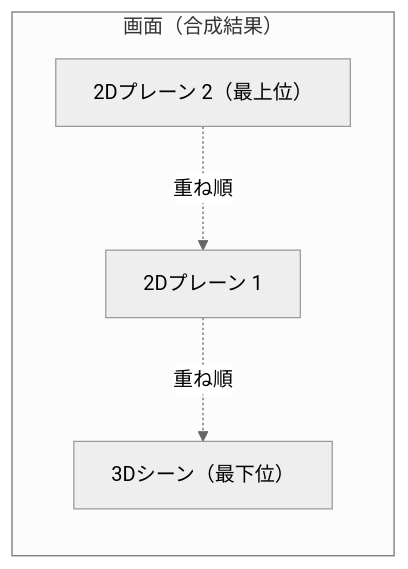
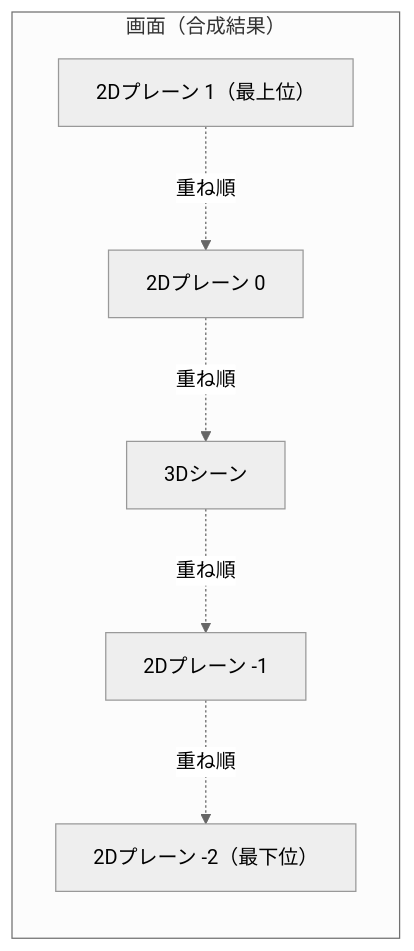
One commit to digitarhythm/arcadeer changed diagram 15 of 38 in docs/specification.md. Above: the diagram before and after it, drawn with Mermaid (neutral theme). The commit also changed other lines of this file and 44 other files, not shown here.

````diff
--- a/docs/specification.md
+++ b/docs/specification.md
@@ -1091,11 +1090,15 @@
 ```mermaid
 flowchart TB
     subgraph Screen["画面（合成結果）"]
         direction TB
-        L2D2["2Dプレーン 2（最上位）"]
-        L2D1["2Dプレーン 1"]
-        L3D["3Dシーン（最下位）"]
+        P1["2Dプレーン 1（最上位）"]
+        P0["2Dプレーン 0"]
+        L3D["3Dシーン"]
+        M1["2Dプレーン -1"]
+        M2["2Dプレーン -2（最下位）"]
     end
-    L2D2 -.重ね順.-> L2D1
-    L2D1 -.重ね順.-> L3D
+    P1 -.重ね順.-> P0
+    P0 -.重ね順.-> L3D
+    L3D -.重ね順.-> M1
+    M1 -.重ね順.-> M2
 ```
````
